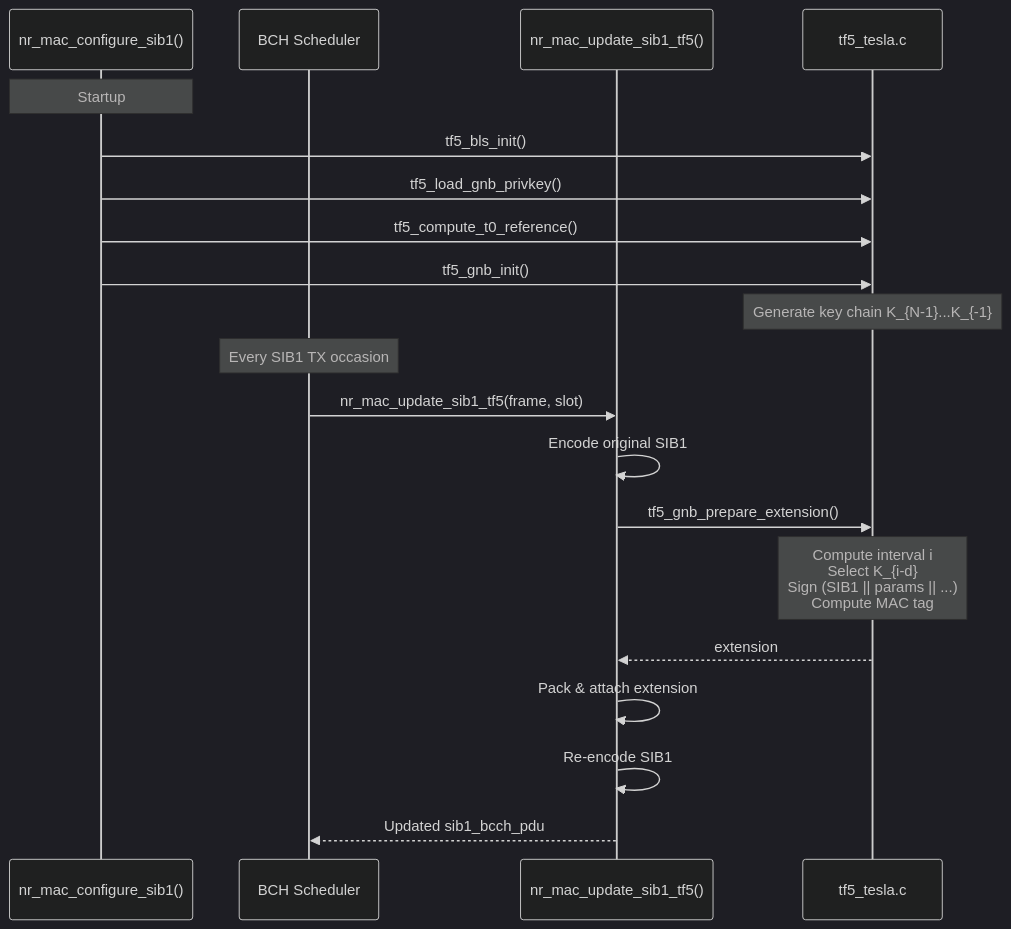
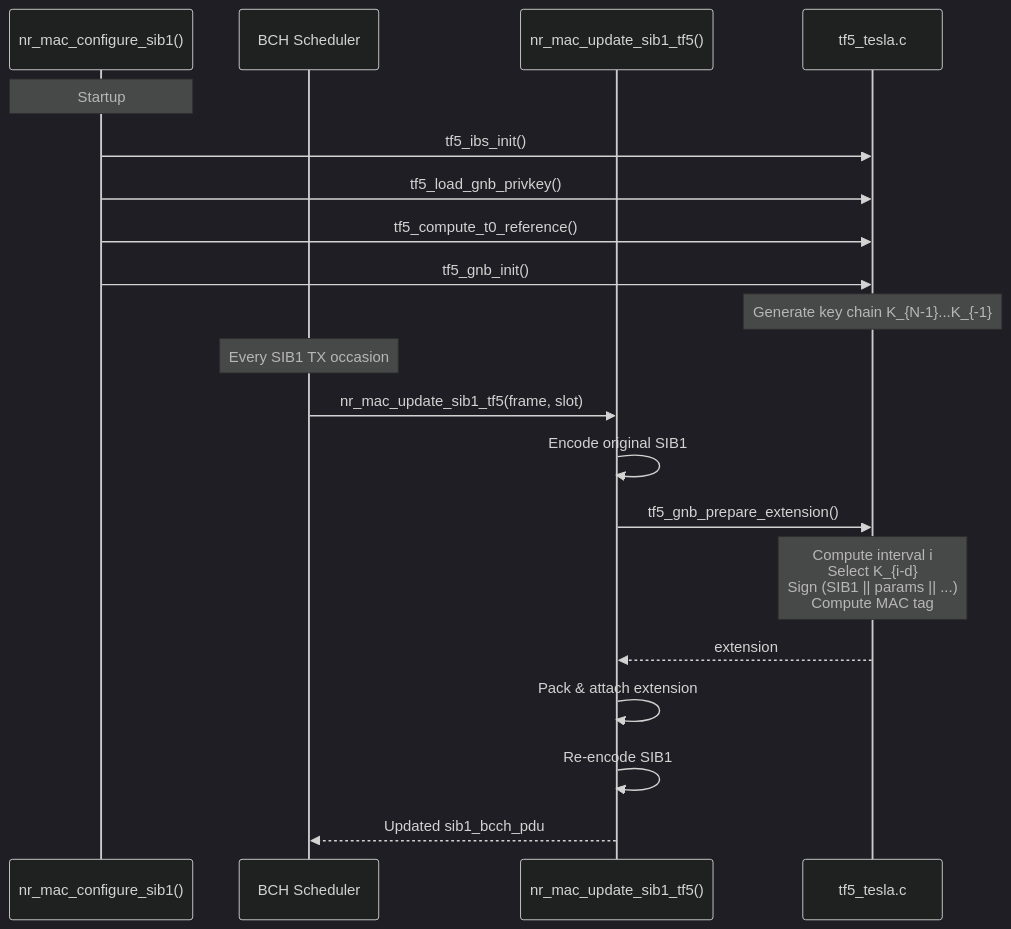
Before and after one commit to ssubinsong/oai-tf5: the diagram in doc-tf5/gnb-implementation.md, drawn with Mermaid (dark theme). The commit also changed other lines of this file and 9 other files, not shown here.

````diff
--- a/doc-tf5/gnb-implementation.md
+++ b/doc-tf5/gnb-implementation.md
@@ -166,24 +166,24 @@
 ```mermaid
 sequenceDiagram
     participant Init as nr_mac_configure_sib1()
     participant Sched as BCH Scheduler
     participant Update as nr_mac_update_sib1_tf5()
     participant Core as tf5_tesla.c
 
     Note over Init: Startup
-    Init->>Core: tf5_bls_init()
+    Init->>Core: tf5_ibs_init()
     Init->>Core: tf5_load_gnb_privkey()
     Init->>Core: tf5_compute_t0_reference()
     Init->>Core: tf5_gnb_init()
     Note over Core: Generate key chain K_{N-1}...K_{-1}
 
     Note over Sched: Every SIB1 TX occasion
     Sched->>Update: nr_mac_update_sib1_tf5(frame, slot)
     Update->>Update: Encode original SIB1
     Update->>Core: tf5_gnb_prepare_extension()
     Note over Core: Compute interval i<br/>Select K_{i-d}<br/>Sign (SIB1 || params || ...)<br/>Compute MAC tag
     Core-->>Update: extension
     Update->>Update: Pack & attach extension
     Update->>Update: Re-encode SIB1
     Update-->>Sched: Updated sib1_bcch_pdu
 ```
````
